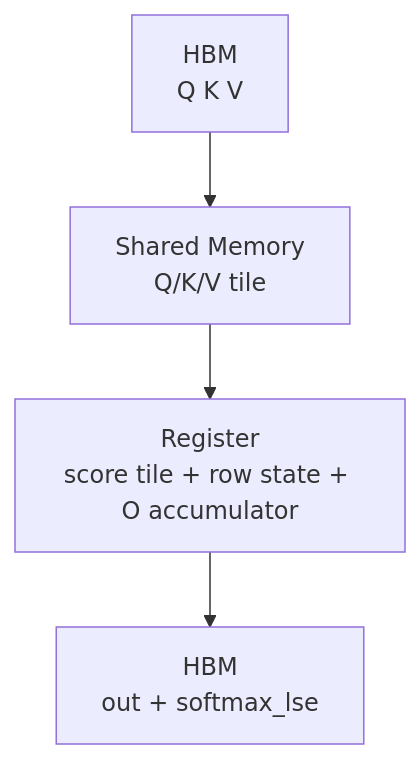
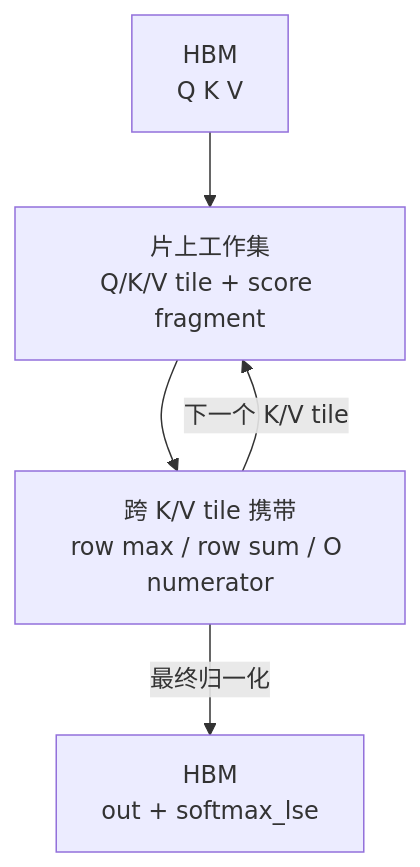
The second of 2 diagrams in flash-attn_reading/导读与总览/FlashAttention-零基础先修.md (OnlyHero5/sglang-reading-vault), drawn with Mermaid before and after one commit. The commit also changed other lines of this file and 512 other files, not shown here.

````diff
--- a/flash-attn_reading/导读与总览/FlashAttention-零基础先修.md
+++ b/flash-attn_reading/导读与总览/FlashAttention-零基础先修.md
@@ -62,8 +64,10 @@
 ```mermaid
 flowchart TB
     HBM["HBM<br/>Q K V"]
-    SMEM["Shared Memory<br/>Q/K/V tile"]
-    REG["Register<br/>score tile + row state + O accumulator"]
+    TILE["片上工作集<br/>Q/K/V tile + score fragment"]
+    STATE["跨 K/V tile 携带<br/>row max / row sum / O numerator"]
     OUT["HBM<br/>out + softmax_lse"]
-    HBM --> SMEM --> REG --> OUT
+    HBM --> TILE --> STATE
+    STATE -->|"下一个 K/V tile"| TILE
+    STATE -->|"最终归一化"| OUT
 ```
````
